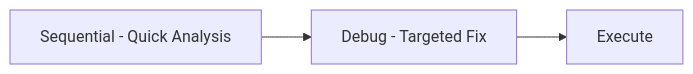
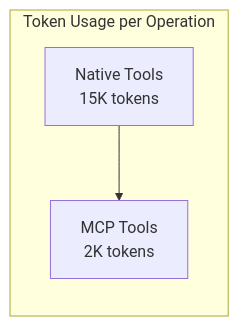
One commit to Alot1z/get-shit-indexed changed the eighth of 8 diagrams in README.md. Above: the diagram before and after it, drawn with Mermaid. The commit also changed other lines of this file and 2 other files, not shown here.

Commit message:
chore(1.20.0): prepare for npm publish - Update README with Mermaid diagrams and feature tables - Bump version to 1.20.0 - Add .npmrc to .gitignore (security)

````diff
--- a/README.md
+++ b/README.md
@@ -1429,5 +315,6 @@
 ```mermaid
 graph LR
-    A[Sequential - Quick Analysis] --> B[Debug - Targeted Fix]
-    B --> C[Execute]
+    subgraph "Token Usage per Operation"
+        A[Native Tools<br/>15K tokens] --> B[MCP Tools<br/>2K tokens]
+    end
 ```
````
